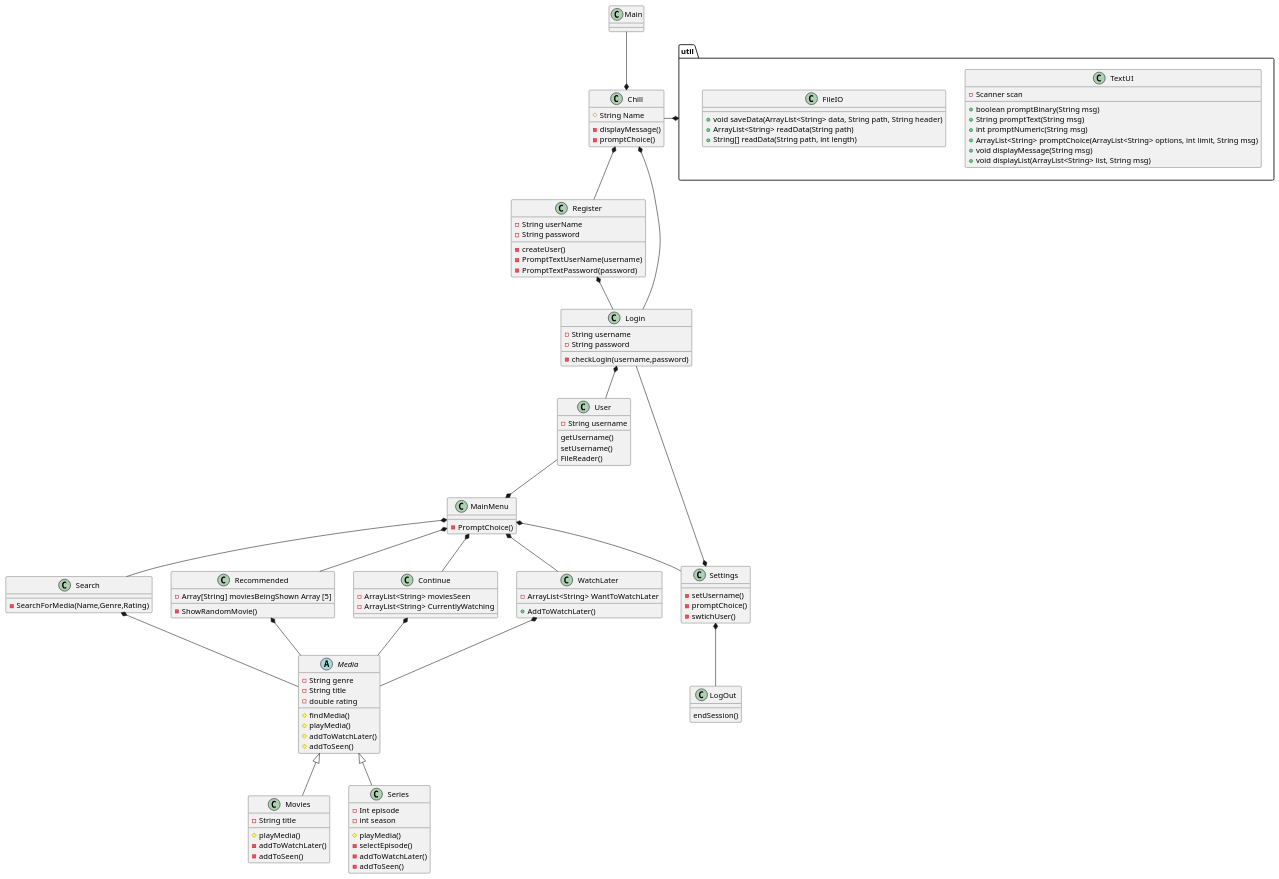
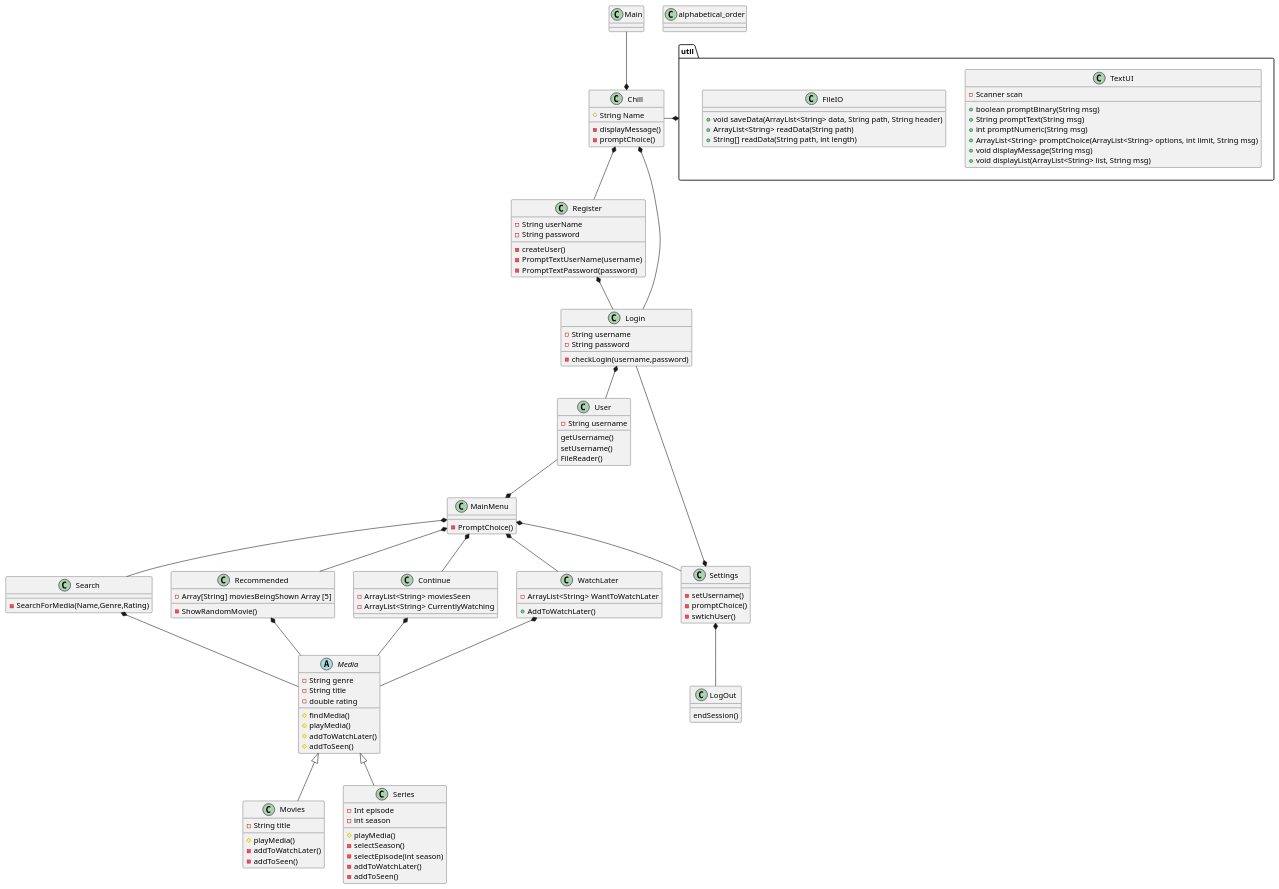
One commit to DannyShayH/SP3 changed the diagram in plan/doc/Chill_Class_v.0.puml. Above: the diagram before and after it, drawn with PlantUML. The commit also changed 8 other files, not shown here.

```diff
--- a/plan/doc/Chill_Class_v.0.puml
+++ b/plan/doc/Chill_Class_v.0.puml
@@ -1,146 +1,147 @@
 @startuml
 'https://plantuml.com/class-diagram
 
 class Main
 class Register
 class Login
 class MainMenu
 class Search
 class Recommended
 class Continue
 abstract class  Media
 class WatchLater
 class Movies
 class Series
 class LogOut
 class Settings
 class User
 Login*-- User
 Chill *-- Register
 Chill *-- Login
 Register *-- Login
 
 MainMenu *-- Search
 MainMenu *-- Recommended
 MainMenu *-- WatchLater
 MainMenu *-- Continue
 Search *-- Media
 Recommended *-- Media
 WatchLater  *-- Media
 Continue *-- Media
 Media <|-- Movies
 Media <|--Series
 MainMenu *-- Settings
 Settings *-- LogOut
 Settings *-- Login
 Main --* Chill
 class Chill{
 #String Name
 
 }
 abstract class Media{
 -String genre
 -String title
 -double rating
 #findMedia()
 #playMedia()
 #addToWatchLater()
 #addToSeen()
 }
 class Series{
 -Int episode
 -int season
 #playMedia()
--selectEpisode()
+-selectSeason()
+-selectEpisode(int season)
 -addToWatchLater()
 -addToSeen()
 }
 class Movies{
 - String title
 # playMedia()
 - addToWatchLater()
 - addToSeen()
 }
 
 class User{
 - String username
 getUsername()
 setUsername()
 FileReader()
 
 }
 class MainMenu {
 -PromptChoice()
 }
 class Search{
 -SearchForMedia(Name,Genre,Rating)
 }
 class Recommended {
 - Array[String] moviesBeingShown Array [5]
 -ShowRandomMovie()
 }
-
+class alphabetical_order
 class Register{
 -String userName
 -String password
 
 -createUser()
 -PromptTextUserName(username)
 -PromptTextPassword(password)
 }
 class Continue{
 -ArrayList<String> moviesSeen
 -ArrayList<String> CurrentlyWatching
 
 }
 class WatchLater{
 -ArrayList<String> WantToWatchLater
 +AddToWatchLater()
 }
 
 class LogOut{
 endSession()
 }
 class Chill{
 -displayMessage()
 -promptChoice()
 }
 
 
 
 
 
 class Login{
 -String username
 -String password
 -checkLogin(username,password)
 
 }
 
 class Settings{
 -setUsername()
 -promptChoice()
 -swtichUser()
 }
 
 
 package "util"{
 class TextUI{
 - Scanner scan
 + boolean promptBinary(String msg)
 + String promptText(String msg)
 + int promptNumeric(String msg)
 + ArrayList<String> promptChoice(ArrayList<String> options, int limit, String msg)
 + void displayMessage(String msg)
 + void displayList(ArrayList<String> list, String msg)
 }
 class FileIO{
 + void saveData(ArrayList<String> data, String path, String header)
 + ArrayList<String> readData(String path)
 + String[] readData(String path, int length)
 }
 }
 Chill -right-* "util"
 User -down-* MainMenu
 
 @enduml
```
